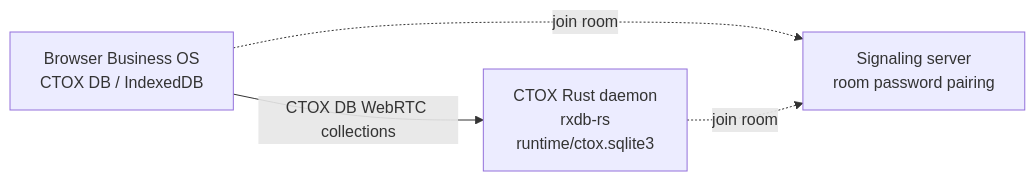
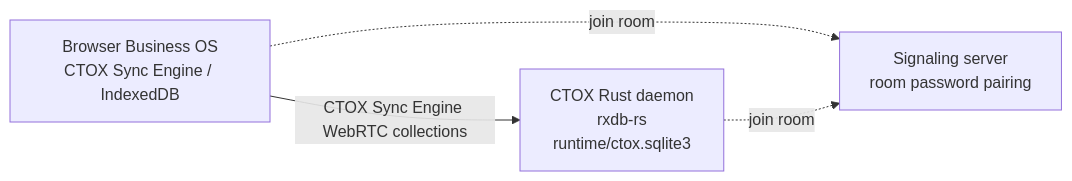
One commit to metric-space-ai/ctox changed the diagram in README.md. Above: the diagram before and after it, drawn with Mermaid. The commit also changed other lines of this file and 56 other files, not shown here.

````diff
--- a/README.md
+++ b/README.md
@@ -73,6 +73,6 @@
 ```mermaid
 flowchart LR
-  Browser["Browser Business OS<br/>CTOX DB / IndexedDB"] -- "CTOX DB WebRTC collections" --> CTOX["CTOX Rust daemon<br/>rxdb-rs<br/>runtime/ctox.sqlite3"]
+  Browser["Browser Business OS<br/>CTOX Sync Engine / IndexedDB"] -- "CTOX Sync Engine WebRTC collections" --> CTOX["CTOX Rust daemon<br/>rxdb-rs<br/>runtime/ctox.sqlite3"]
   Browser -. "join room" .-> Signaling["Signaling server<br/>room password pairing"]
   CTOX -. "join room" .-> Signaling
 ```
````
